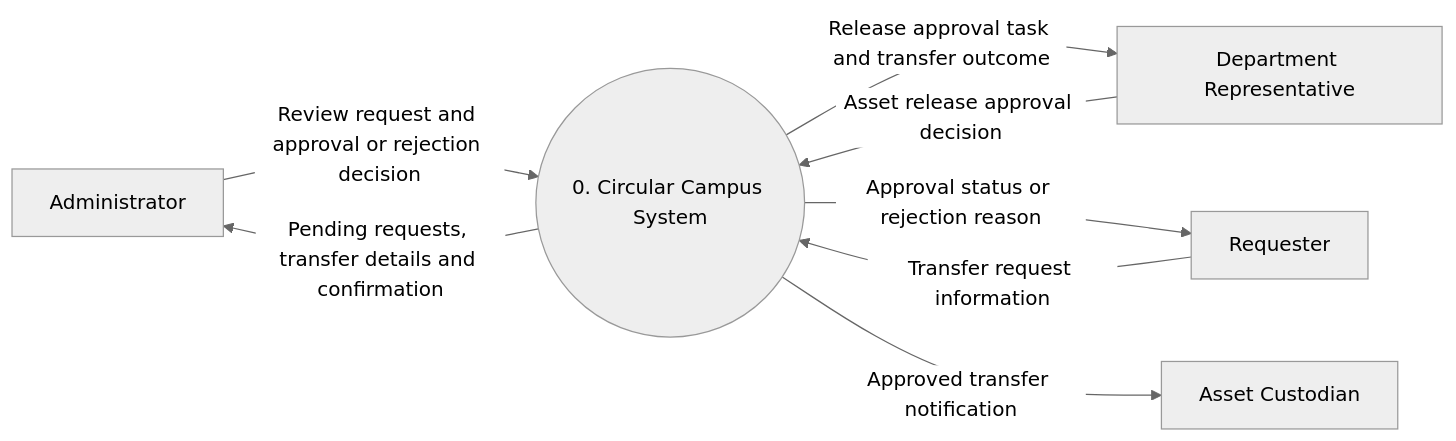
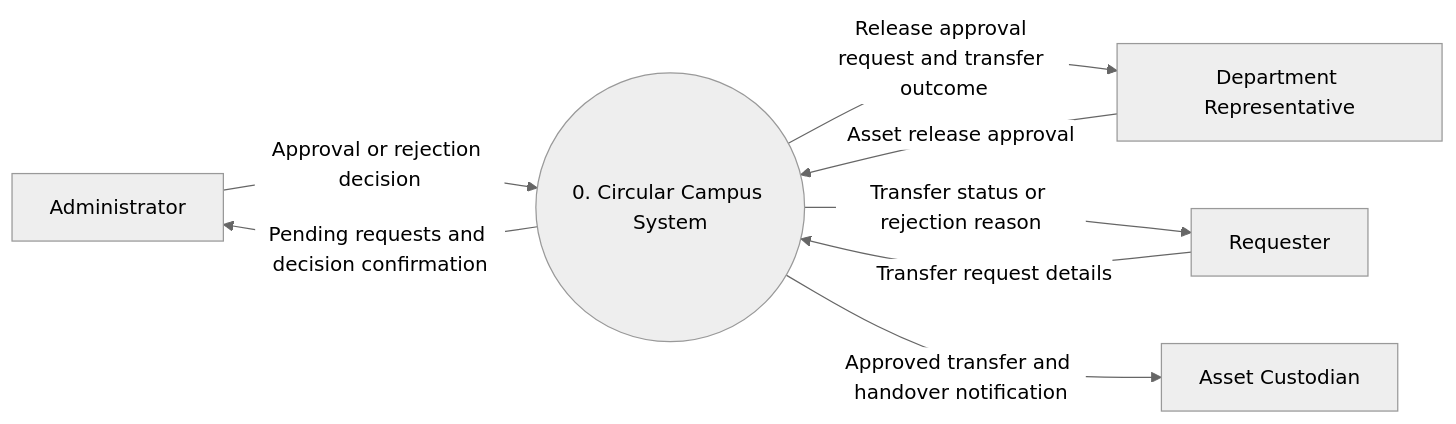
Before and after one commit to Abdulla66541/COSC336-GROUP5: the diagram in phase 4-5/02_approvals_transfers_maintenance.md, drawn with Mermaid (neutral theme). The commit also changed other lines of this file, not shown here.

````diff
--- a/phase 4-5/02_approvals_transfers_maintenance.md
+++ b/phase 4-5/02_approvals_transfers_maintenance.md
@@ -142,19 +47,20 @@
 ```mermaid
 flowchart LR
     AD[Administrator]
     DR[Department Representative]
     RQ[Requester]
     AC[Asset Custodian]
+
     SYS((0. Circular Campus System))
 
-    AD -->|Review request and approval or rejection decision| SYS
-    SYS -->|Pending requests, transfer details and confirmation| AD
+    AD -->|Approval or rejection decision| SYS
+    SYS -->|Pending requests and decision confirmation| AD
 
-    DR -->|Asset release approval decision| SYS
-    SYS -->|Release approval task and transfer outcome| DR
+    DR -->|Asset release approval| SYS
+    SYS -->|Release approval request and transfer outcome| DR
 
-    RQ -->|Transfer request information| SYS
-    SYS -->|Approval status or rejection reason| RQ
+    RQ -->|Transfer request details| SYS
+    SYS -->|Transfer status or rejection reason| RQ
 
-    SYS -->|Approved transfer notification| AC
+    SYS -->|Approved transfer and handover notification| AC
 ```
````
